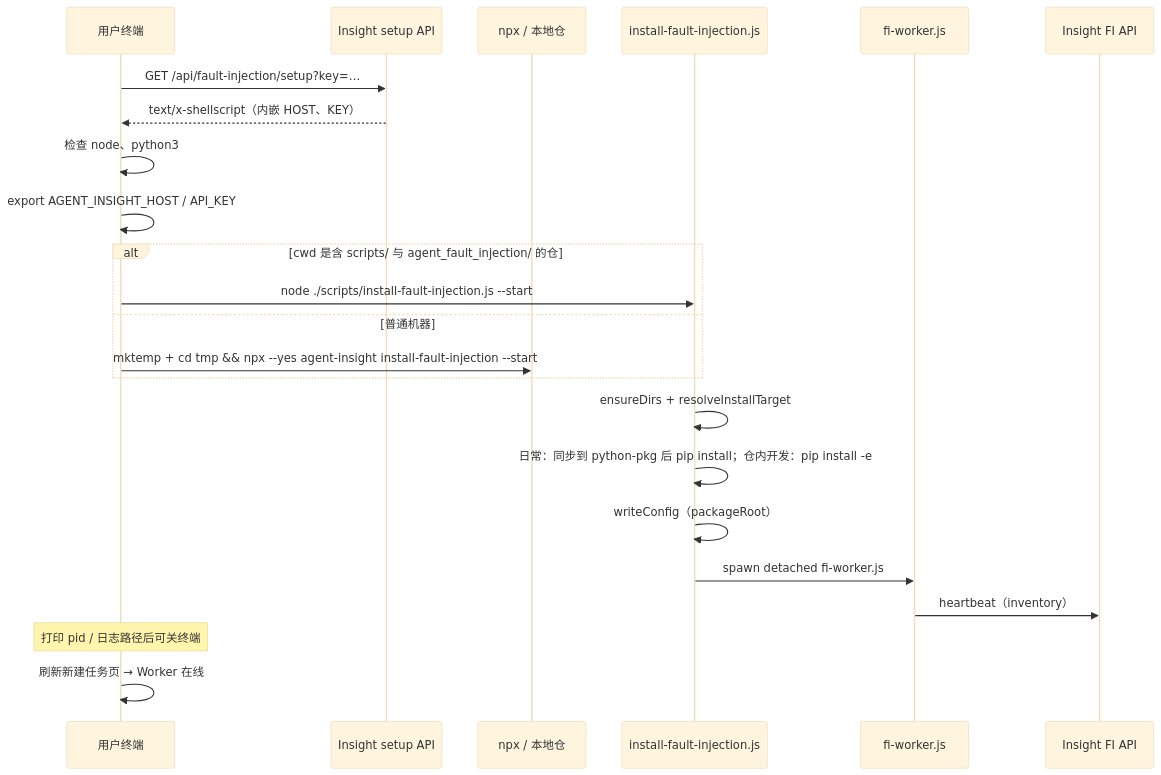
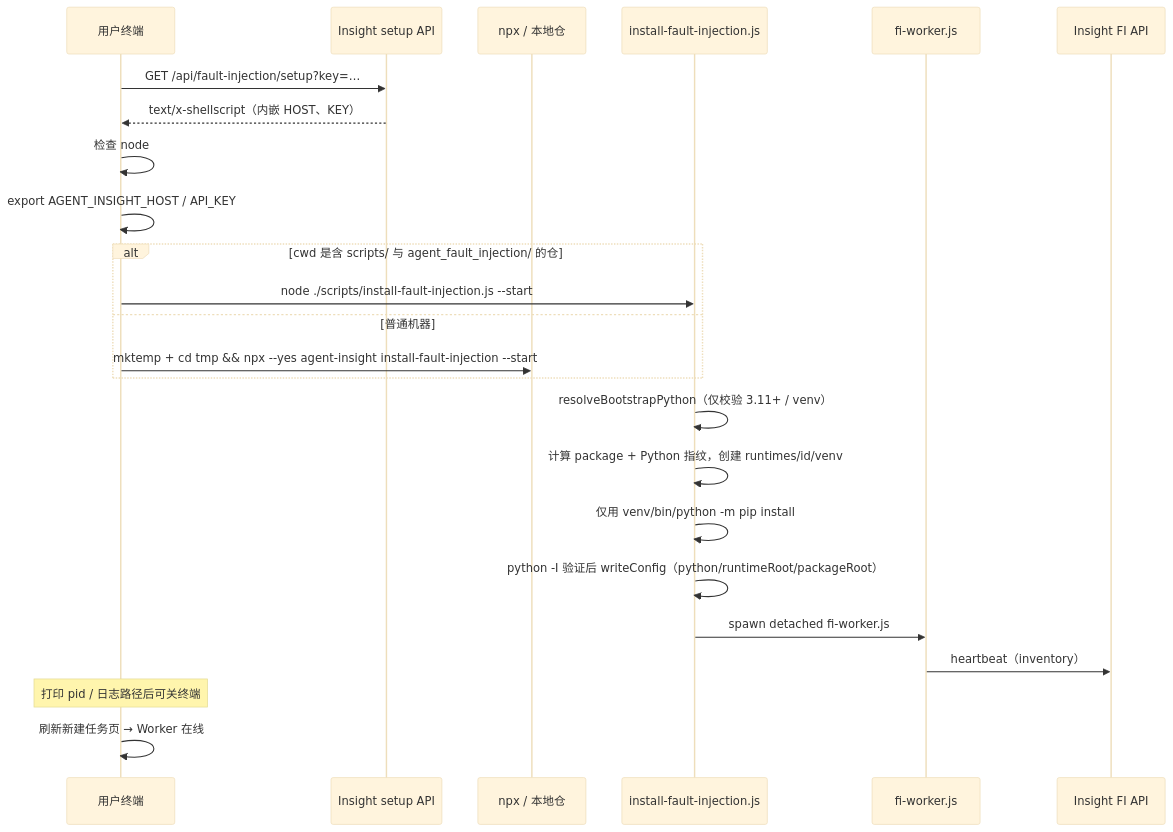
Before and after one commit to openeuler-mirror/agent-insight: the second of 5 diagrams in docs/agent-fault-injection/guides/local-install-process.md, drawn with Mermaid (base theme). The commit also changed other lines of this file and 22 other files, not shown here.

````diff
--- a/docs/agent-fault-injection/guides/local-install-process.md
+++ b/docs/agent-fault-injection/guides/local-install-process.md
@@ -104,26 +105,27 @@
 ```mermaid
 sequenceDiagram
   participant U as 用户终端
   participant S as Insight setup API
   participant N as npx / 本地仓
   participant I as install-fault-injection.js
   participant W as fi-worker.js
   participant A as Insight FI API
 
   U->>S: GET /api/fault-injection/setup?key=…
   S-->>U: text/x-shellscript（内嵌 HOST、KEY）
-  U->>U: 检查 node、python3
+  U->>U: 检查 node
   U->>U: export AGENT_INSIGHT_HOST / API_KEY
   alt cwd 是含 scripts/ 与 agent_fault_injection/ 的仓
     U->>I: node ./scripts/install-fault-injection.js --start
   else 普通机器
     U->>N: mktemp + cd tmp && npx --yes agent-insight install-fault-injection --start
   end
-  I->>I: ensureDirs + resolveInstallTarget
-  I->>I: 日常：同步到 python-pkg 后 pip install；仓内开发：pip install -e
-  I->>I: writeConfig（packageRoot）
+  I->>I: resolveBootstrapPython（仅校验 3.11+ / venv）
+  I->>I: 计算 package + Python 指纹，创建 runtimes/id/venv
+  I->>I: 仅用 venv/bin/python -m pip install
+  I->>I: python -I 验证后 writeConfig（python/runtimeRoot/packageRoot）
   I->>W: spawn detached fi-worker.js
   W->>A: heartbeat（inventory）
   Note over U: 打印 pid / 日志路径后可关终端
   U->>U: 刷新新建任务页 → Worker 在线
 ```
````
